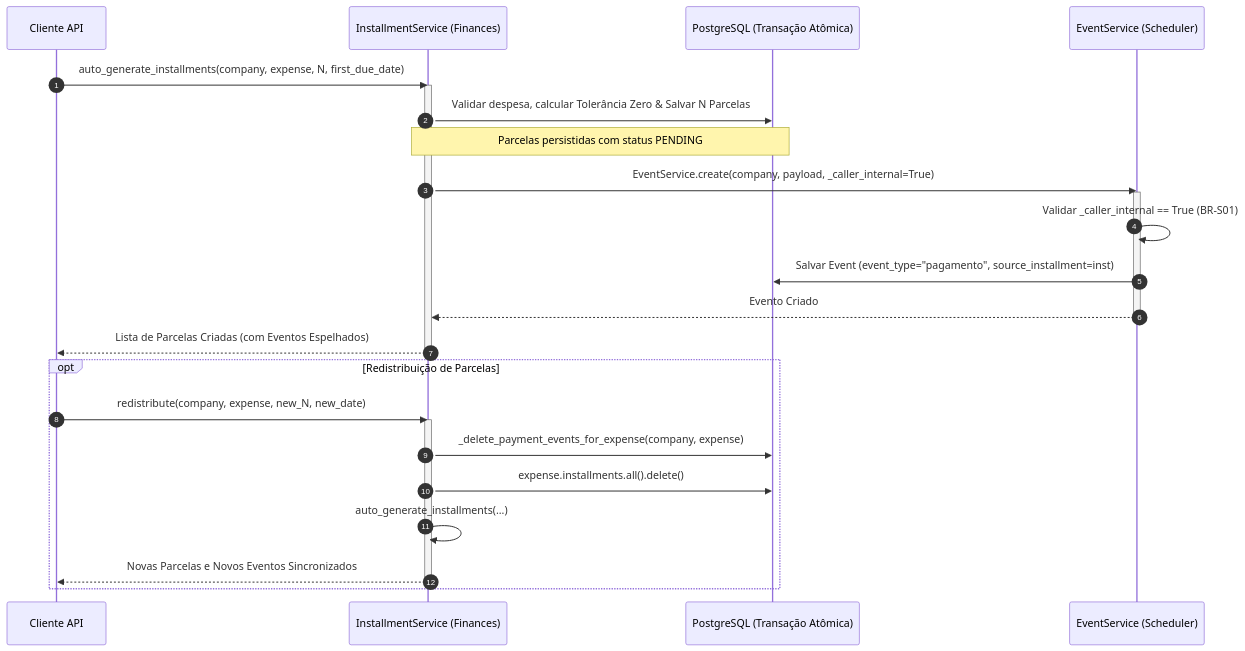
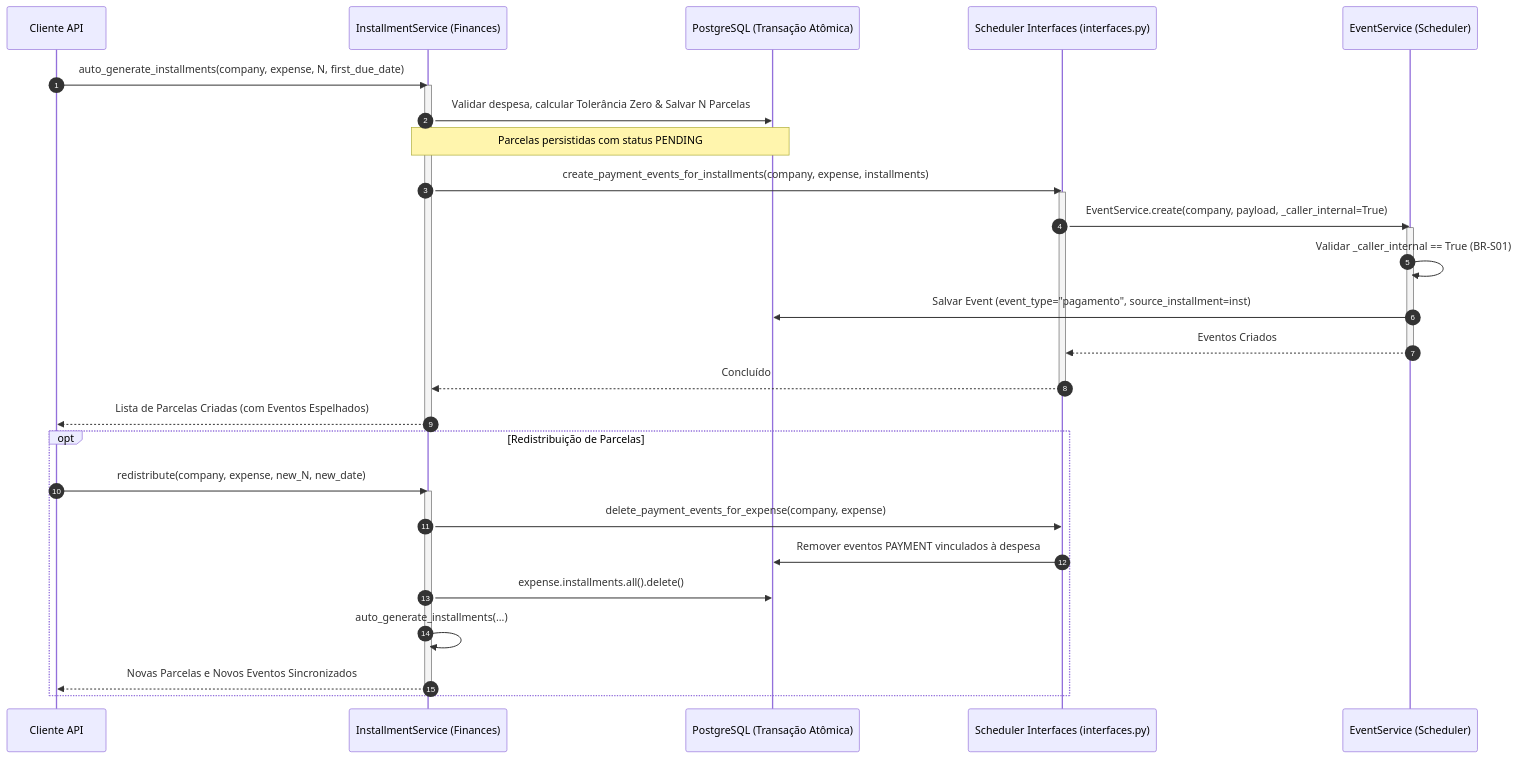
Before and after one commit to Rafaelp122/wedding_management: the diagram in docs/architecture/business-rules/finances/payment-schedule-integration.md, drawn with Mermaid. The commit also changed other lines of this file and 57 other files, not shown here.

````diff
--- a/docs/architecture/business-rules/finances/payment-schedule-integration.md
+++ b/docs/architecture/business-rules/finances/payment-schedule-integration.md
@@ -47,31 +47,37 @@
 ```mermaid
 sequenceDiagram
     autonumber
     participant Client as Cliente API
     participant FS as InstallmentService (Finances)
     participant DB as PostgreSQL (Transação Atômica)
+    participant SI as Scheduler Interfaces (interfaces.py)
     participant ES as EventService (Scheduler)
 
     Client->>FS: auto_generate_installments(company, expense, N, first_due_date)
     activate FS
     FS->>DB: Validar despesa, calcular Tolerância Zero & Salvar N Parcelas
     Note over FS,DB: Parcelas persistidas com status PENDING
-    FS->>ES: EventService.create(company, payload, _caller_internal=True)
+    FS->>SI: create_payment_events_for_installments(company, expense, installments)
+    activate SI
+    SI->>ES: EventService.create(company, payload, _caller_internal=True)
     activate ES
     ES->>ES: Validar _caller_internal == True (BR-S01)
     ES->>DB: Salvar Event (event_type="pagamento", source_installment=inst)
-    ES-->>FS: Evento Criado
+    ES-->>SI: Eventos Criados
     deactivate ES
+    SI-->>FS: Concluído
+    deactivate SI
     FS-->>Client: Lista de Parcelas Criadas (com Eventos Espelhados)
     deactivate FS
 
     opt Redistribuição de Parcelas
         Client->>FS: redistribute(company, expense, new_N, new_date)
         activate FS
-        FS->>DB: _delete_payment_events_for_expense(company, expense)
+        FS->>SI: delete_payment_events_for_expense(company, expense)
+        SI->>DB: Remover eventos PAYMENT vinculados à despesa
         FS->>DB: expense.installments.all().delete()
         FS->>FS: auto_generate_installments(...)
         FS-->>Client: Novas Parcelas e Novos Eventos Sincronizados
         deactivate FS
     end
 ```
````
